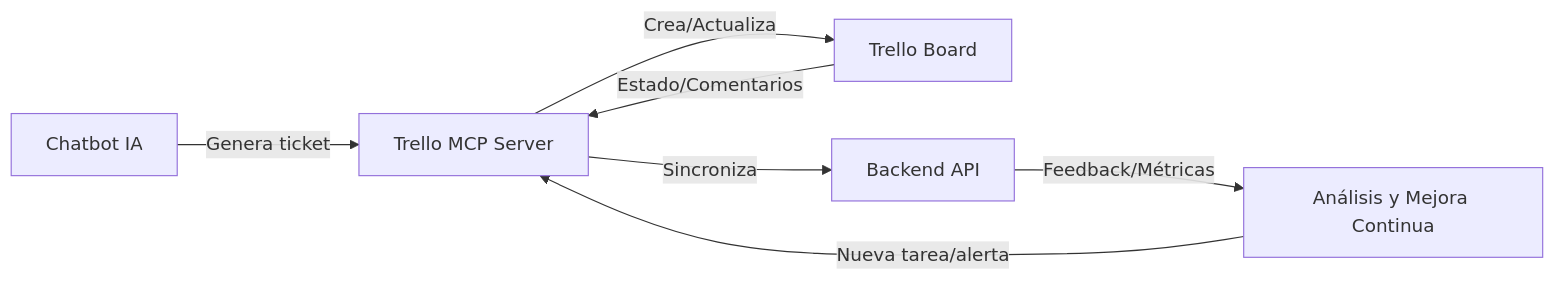
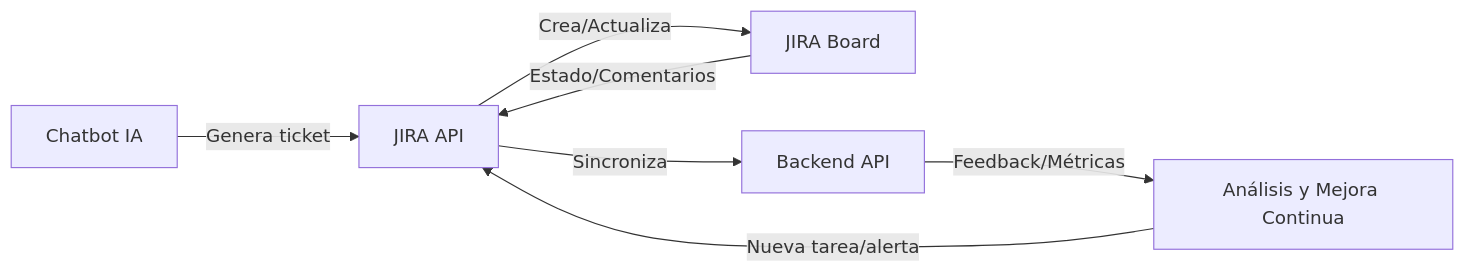
One commit to LIDR-academy/AI4Devs-finalproject changed the third of 4 diagrams in docs/PRD.md. Above: the diagram before and after it, drawn with Mermaid. The commit also changed other lines of this file and 13 other files, not shown here.

````diff
--- a/docs/PRD.md
+++ b/docs/PRD.md
@@ -79,9 +79,9 @@
 ```mermaid
 graph LR
-    A[Chatbot IA] -- Genera ticket --> B[Trello MCP Server]
-    B -- Crea/Actualiza --> C[Trello Board]
+    A[Chatbot IA] -- Genera ticket --> B[JIRA API]
+    B -- Crea/Actualiza --> C[JIRA Board]
     C -- Estado/Comentarios --> B
     B -- Sincroniza --> D[Backend API]
     D -- Feedback/Métricas --> E[Análisis y Mejora Continua]
     E -- Nueva tarea/alerta --> B
 ```
````
